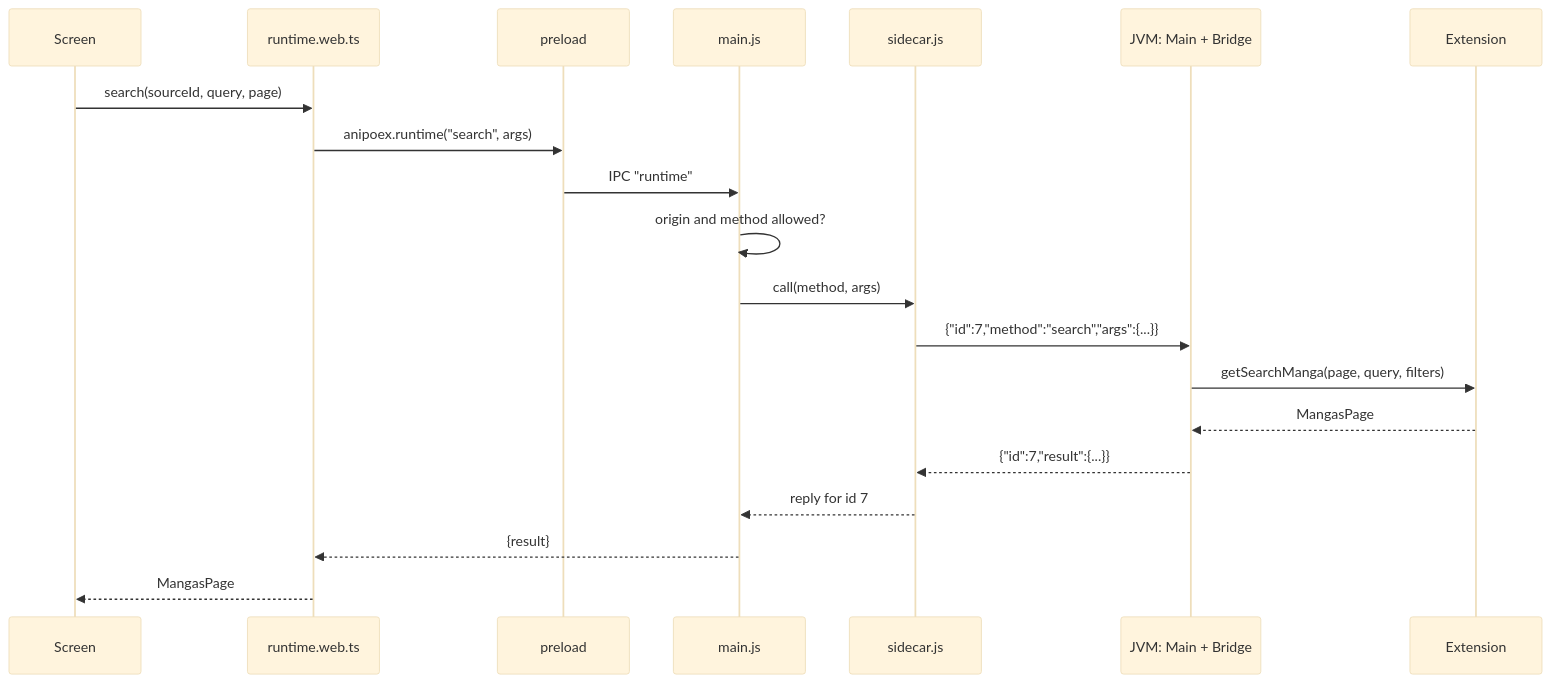
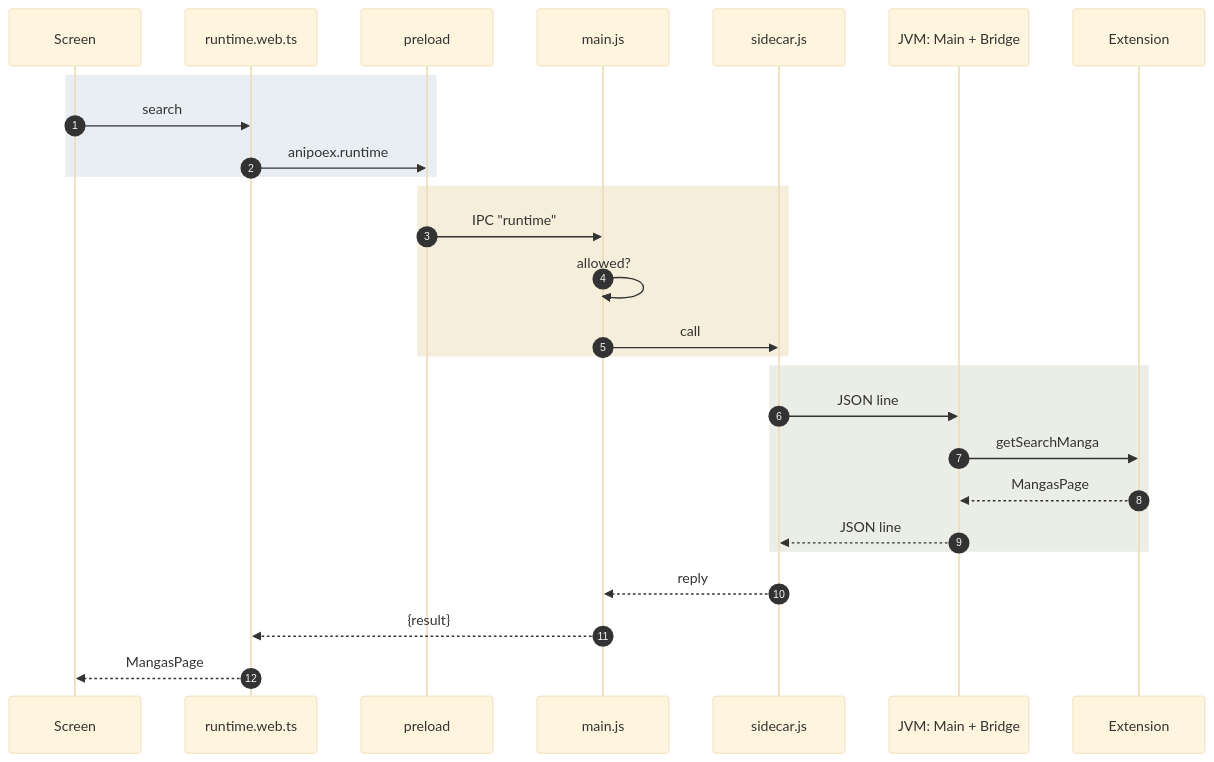
The sixth of 7 diagrams in docs/extensions.md (Carloss616/anipoex), drawn with Mermaid (base theme) before and after one commit. The commit also changed other lines of this file and 1 other file, not shown here.

First line of the commit message:
docs: sync and source picking guide; extension diagrams read at a glance

````diff
--- a/docs/extensions.md
+++ b/docs/extensions.md
@@ -144,23 +209,29 @@
 ```mermaid
 sequenceDiagram
+    autonumber
     participant UI as Screen
     participant RT as runtime.web.ts
     participant PL as preload
     participant MAIN as main.js
     participant SC as sidecar.js
     participant JVM as JVM: Main + Bridge
     participant EXT as Extension
-
-    UI->>RT: search(sourceId, query, page)
-    RT->>PL: anipoex.runtime("search", args)
-    PL->>MAIN: IPC "runtime"
-    MAIN->>MAIN: origin and method allowed?
-    MAIN->>SC: call(method, args)
-    SC->>JVM: {"id":7,"method":"search","args":{...}}
-    JVM->>EXT: getSearchManga(page, query, filters)
-    EXT-->>JVM: MangasPage
-    JVM-->>SC: {"id":7,"result":{...}}
-    SC-->>MAIN: reply for id 7
+    rect rgba(106,140,175,0.15)
+        UI->>RT: search
+        RT->>PL: anipoex.runtime
+    end
+    rect rgba(201,161,59,0.18)
+        PL->>MAIN: IPC "runtime"
+        MAIN->>MAIN: allowed?
+        MAIN->>SC: call
+    end
+    rect rgba(120,140,93,0.15)
+        SC->>JVM: JSON line
+        JVM->>EXT: getSearchManga
+        EXT-->>JVM: MangasPage
+        JVM-->>SC: JSON line
+    end
+    SC-->>MAIN: reply
     MAIN-->>RT: {result}
     RT-->>UI: MangasPage
 ```
````
